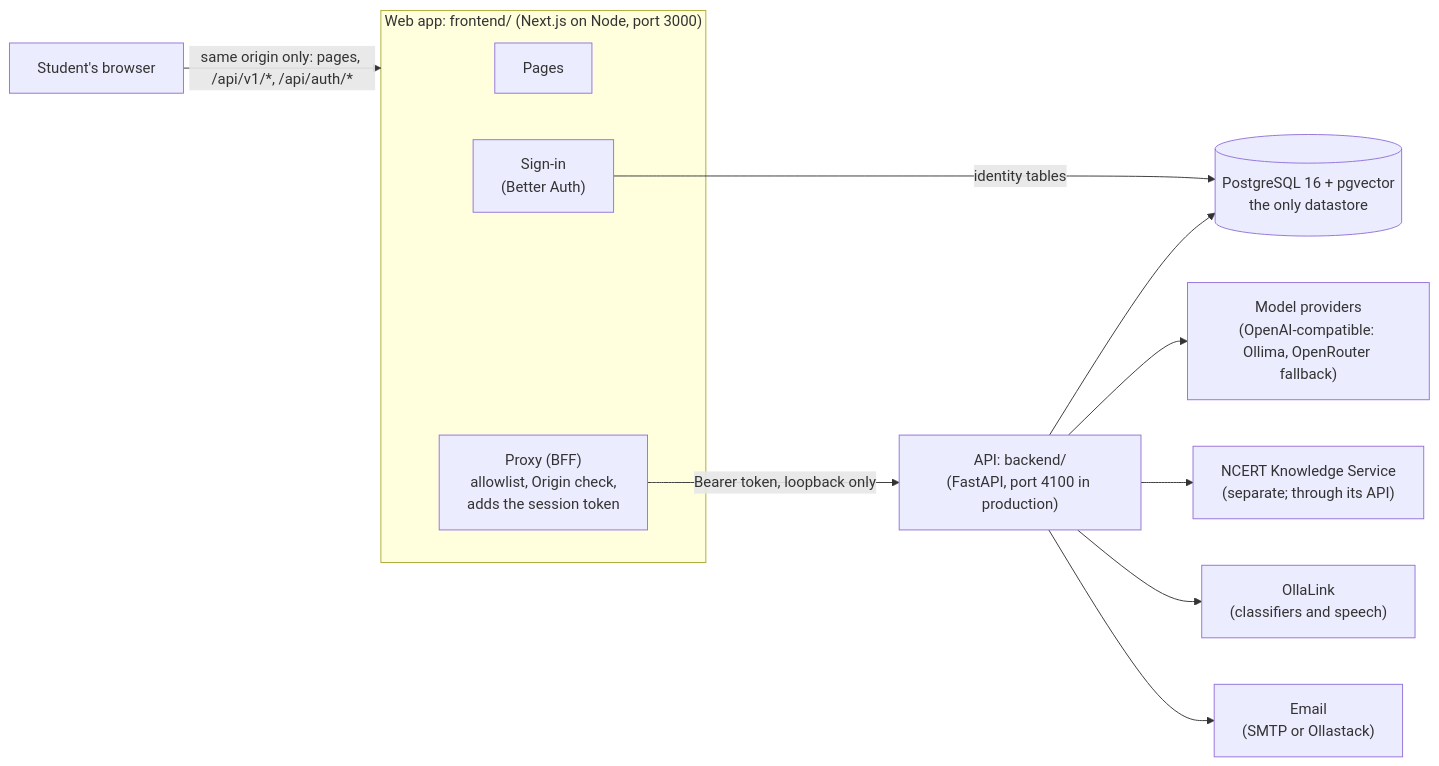
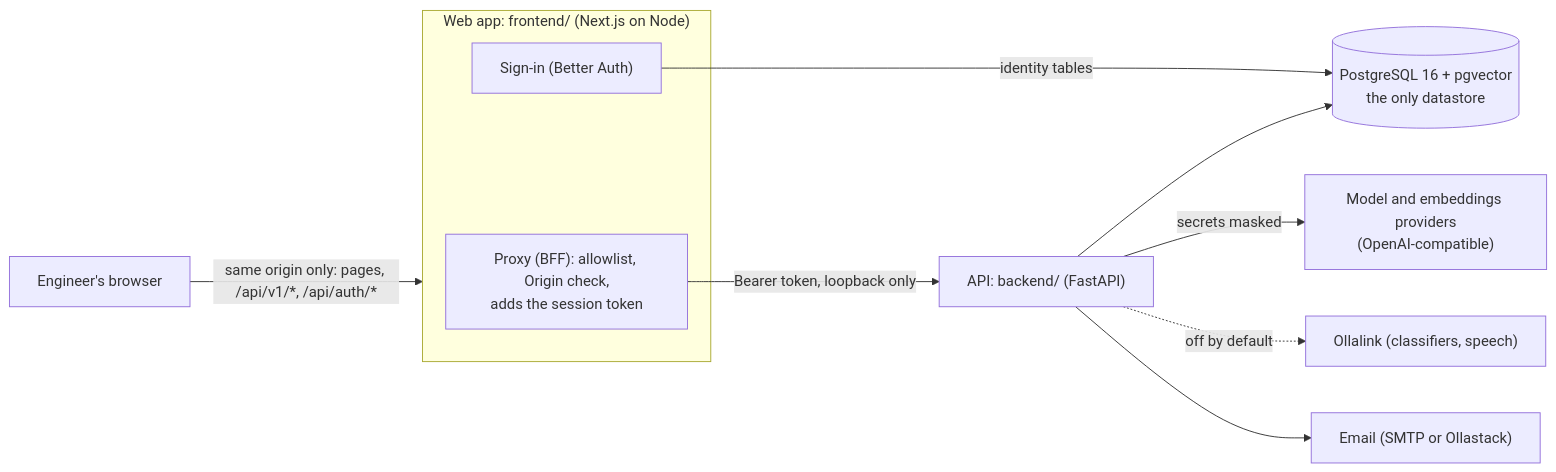
The diagram in README.md (rockyNH703/AI-Tutor-NH), drawn with Mermaid before and after one commit. The commit also changed other lines of this file and 29 other files, not shown here.

````diff
--- a/README.md
+++ b/README.md
@@ -85,16 +50,14 @@
 ```mermaid
 flowchart LR
-  S[Student's browser] -->|"same origin only: pages, /api/v1/*, /api/auth/*"| W
-  subgraph W["Web app: frontend/ (Next.js on Node, port 3000)"]
-    P[Pages]
-    B["Proxy (BFF)<br/>allowlist, Origin check,<br/>adds the session token"]
-    BA["Sign-in<br/>(Better Auth)"]
+  U[Engineer's browser] -->|"same origin only: pages, /api/v1/*, /api/auth/*"| W
+  subgraph W["Web app: frontend/ (Next.js on Node)"]
+    B["Proxy (BFF): allowlist, Origin check,<br/>adds the session token"]
+    BA["Sign-in (Better Auth)"]
   end
-  B -->|"Bearer token, loopback only"| A["API: backend/<br/>(FastAPI, port 4100 in production)"]
+  B -->|"Bearer token, loopback only"| A["API: backend/ (FastAPI)"]
   BA -->|identity tables| DB
   A --> DB[("PostgreSQL 16 + pgvector<br/>the only datastore")]
-  A --> LLM["Model providers<br/>(OpenAI-compatible: Ollima, OpenRouter fallback)"]
-  A --> NC["NCERT Knowledge Service<br/>(separate; through its API)"]
-  A --> OL["OllaLink<br/>(classifiers and speech)"]
-  A --> EM["Email<br/>(SMTP or Ollastack)"]
+  A -->|"secrets masked"| LLM["Model and embeddings providers<br/>(OpenAI-compatible)"]
+  A -.->|"off by default"| OL["Ollalink (classifiers, speech)"]
+  A --> EM["Email (SMTP or Ollastack)"]
 ```
````
